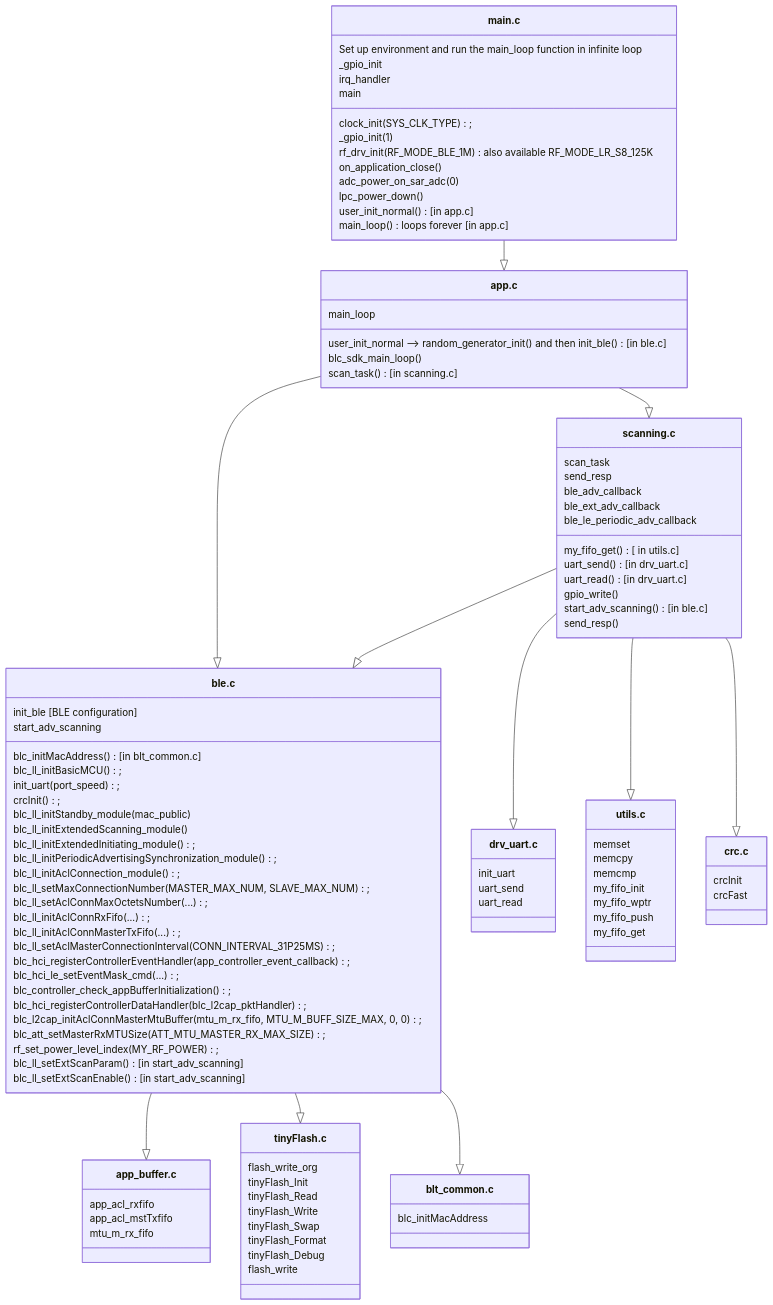
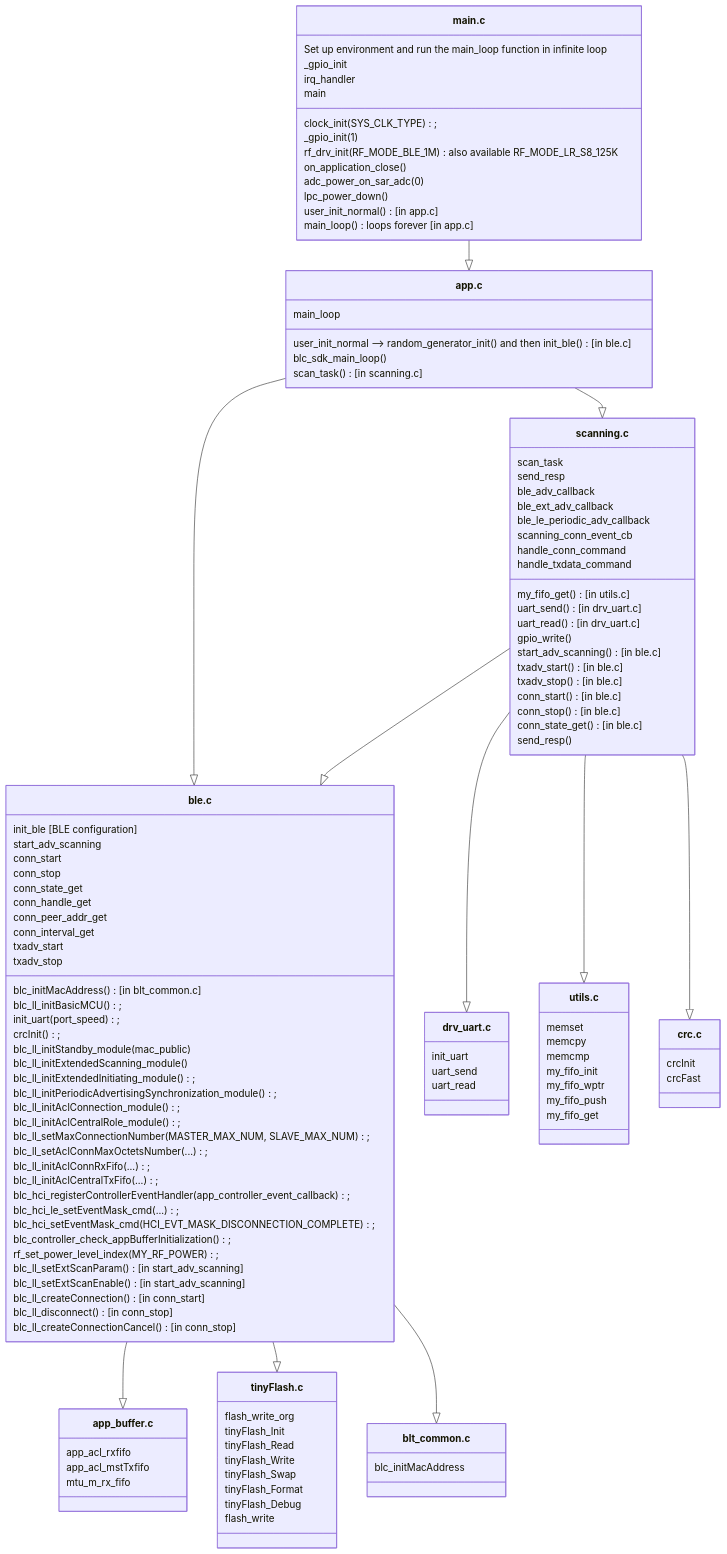
The second of 4 diagrams in source/ble2uart/README.md (pvvx/ADV_BLE2UART), drawn with Mermaid before and after one commit. The commit also changed other lines of this file and 12 other files, not shown here.

Commit message:
Add GPIO, LED, UART, RFSDK, VERSION commands

```diff
--- a/source/ble2uart/README.md
+++ b/source/ble2uart/README.md
@@ -545,8 +818,16 @@
         %% Functions:
         init_ble [BLE configuration]
         start_adv_scanning
+        conn_start
+        conn_stop
+        conn_state_get
+        conn_handle_get
+        conn_peer_addr_get
+        conn_interval_get
+        txadv_start
+        txadv_stop
 
-        %% Invoked functions:
+        %% Invoked functions in init_ble:
         blc_initMacAddress() [in blt_common.c]
         blc_ll_initBasicMCU();
         init_uart(port_speed);
@@ -558,21 +839,23 @@
 
         blc_ll_initPeriodicAdvertisingSynchronization_module();
         blc_ll_initAclConnection_module();
+        blc_ll_initAclCentralRole_module();
         blc_ll_setMaxConnectionNumber(MASTER_MAX_NUM, SLAVE_MAX_NUM);
         blc_ll_setAclConnMaxOctetsNumber(...);
         blc_ll_initAclConnRxFifo(...);
-        blc_ll_initAclConnMasterTxFifo(...);
-        blc_ll_setAclMasterConnectionInterval(CONN_INTERVAL_31P25MS);
+        blc_ll_initAclCentralTxFifo(...);
         blc_hci_registerControllerEventHandler(app_controller_event_callback);
         blc_hci_le_setEventMask_cmd(...);
+        blc_hci_setEventMask_cmd(HCI_EVT_MASK_DISCONNECTION_COMPLETE);
         blc_controller_check_appBufferInitialization();
-        blc_hci_registerControllerDataHandler (blc_l2cap_pktHandler);
-        blc_l2cap_initAclConnMasterMtuBuffer(mtu_m_rx_fifo, MTU_M_BUFF_SIZE_MAX, 0, 0);
-        blc_att_setMasterRxMTUSize(ATT_MTU_MASTER_RX_MAX_SIZE);
+        %% Note: L2CAP/GATT/SMP not initialized (saves ~1180 B library BSS)
         rf_set_power_level_index(MY_RF_POWER);
 
         blc_ll_setExtScanParam() [in start_adv_scanning]
-        blc_ll_setExtScanEnable() [in start_adv_scanning]   
+        blc_ll_setExtScanEnable() [in start_adv_scanning]
+        blc_ll_createConnection() [in conn_start]
+        blc_ll_disconnect() [in conn_stop]
+        blc_ll_createConnectionCancel() [in conn_stop]
     }
 
     class app_buffer["app_buffer.c"]{
@@ -602,13 +885,27 @@
         ble_adv_callback
         ble_ext_adv_callback
         ble_le_periodic_adv_callback
+        scanning_conn_event_cb
+        handle_conn_command
+        handle_txdata_command
+
+        %% Commands dispatched in scan_task:
+        %% 0x00 CMD_ID_INFO  0x01 CMD_ID_SCAN
+        %% 0x02 CMD_ID_WMAC  0x03 CMD_ID_BMAC  0x04 CMD_ID_CLRM
+        %% 0x05 CMD_ID_PRNT  0x06 CMD_ID_GPIO (ops 0-4)
+        %% 0x07 CMD_ID_LED   0x08 CMD_ID_UART  0x09 CMD_ID_RFSDK  0x0A CMD_ID_VERSION
 
         %% Invoked functions:
-        my_fifo_get() [ in utils.c]
+        my_fifo_get() [in utils.c]
         uart_send() [in drv_uart.c]
         uart_read() [in drv_uart.c]
         gpio_write()
         start_adv_scanning() [in ble.c]
+        txadv_start() [in ble.c]
+        txadv_stop() [in ble.c]
+        conn_start() [in ble.c]
+        conn_stop() [in ble.c]
+        conn_state_get() [in ble.c]
         send_resp()
     }
 
```
